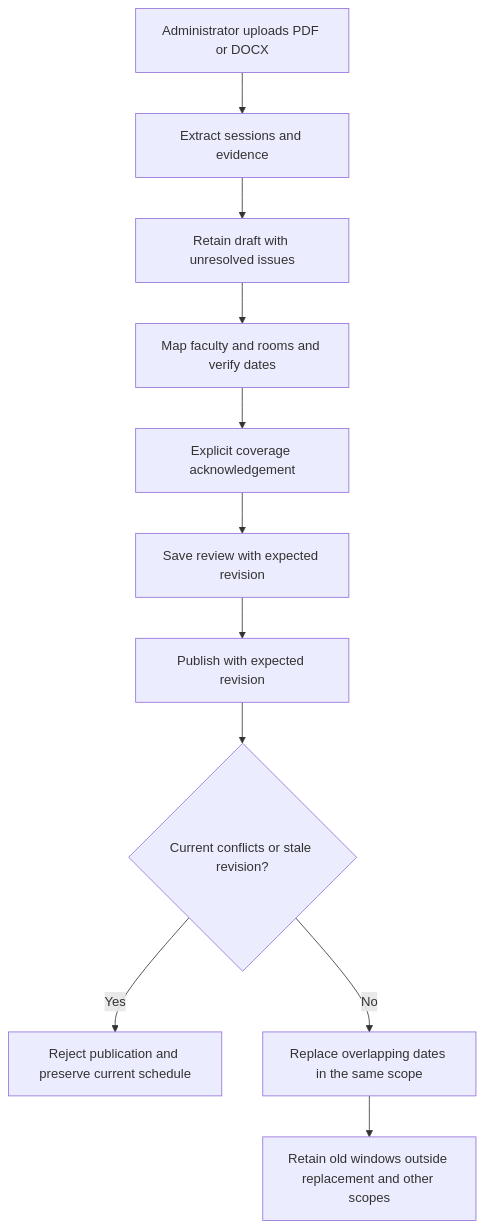
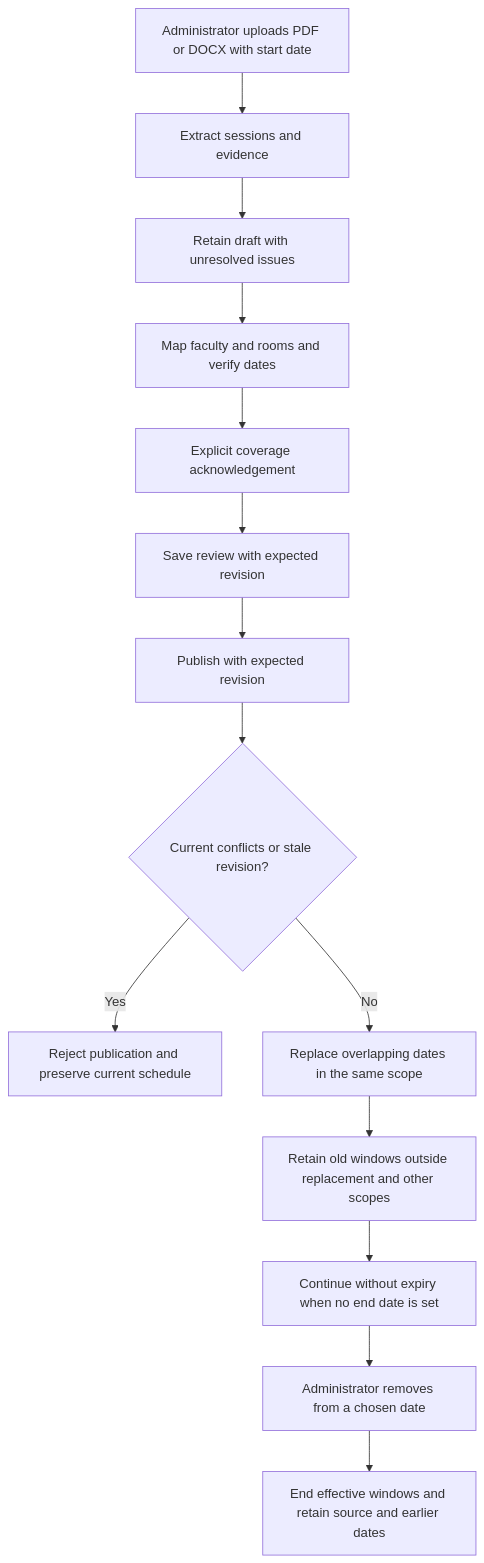
The fourth of 6 diagrams in docs/rework/system-and-workflows.md (priyanshurawat15-dev/QuickSlot-Smart-Free-Slot-Finder), drawn with Mermaid before and after one commit. The commit also changed other lines of this file and 10 other files, not shown here.

````diff
--- a/docs/rework/system-and-workflows.md
+++ b/docs/rework/system-and-workflows.md
@@ -63,13 +63,16 @@
 ```mermaid
 flowchart TD
-    A[Administrator uploads PDF or DOCX] --> B[Extract sessions and evidence]
+    A[Administrator uploads PDF or DOCX with start date] --> B[Extract sessions and evidence]
     B --> C[Retain draft with unresolved issues]
     C --> D[Map faculty and rooms and verify dates]
     D --> E[Explicit coverage acknowledgement]
     E --> F[Save review with expected revision]
     F --> G[Publish with expected revision]
     G --> H{Current conflicts or stale revision?}
     H -->|Yes| I[Reject publication and preserve current schedule]
     H -->|No| J[Replace overlapping dates in the same scope]
     J --> K[Retain old windows outside replacement and other scopes]
+    K --> L[Continue without expiry when no end date is set]
+    L --> M[Administrator removes from a chosen date]
+    M --> N[End effective windows and retain source and earlier dates]
 ```
````
